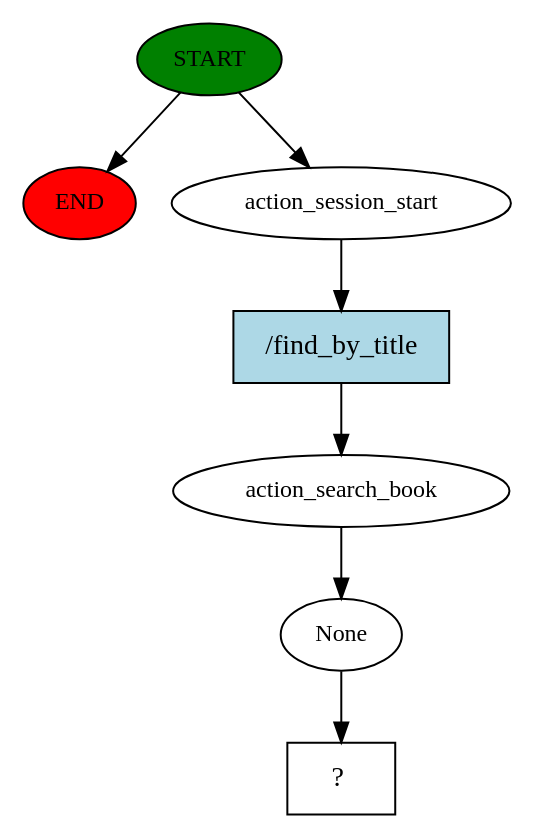
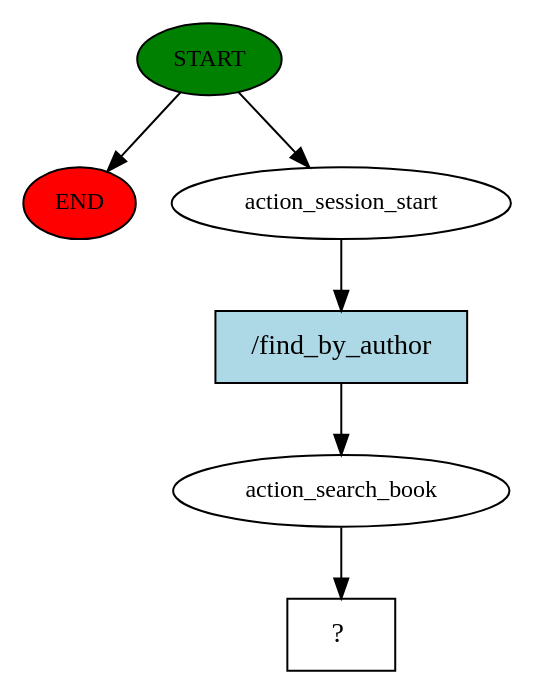
Before and after one commit to truongpvk/CDIO_Book_Store: the diagram in backend/app/chatbot/story_graph.dot, drawn with Graphviz. The commit also changed 105 other files, not shown here.

```diff
--- a/backend/app/chatbot/story_graph.dot
+++ b/backend/app/chatbot/story_graph.dot
@@ -1,15 +1,13 @@
 digraph  {
 0 [class="start active", fillcolor=green, fontsize=12, label=START, style=filled];
 "-1" [class=end, fillcolor=red, fontsize=12, label=END, style=filled];
 1 [class=active, fontsize=12, label=action_session_start];
 2 [class=active, fontsize=12, label=action_search_book];
-3 [class=active, fontsize=12, label=None];
-4 [class="intent dashed active", label="  ?  ", shape=rect];
-5 [class="intent active", fillcolor=lightblue, label="/find_by_title", shape=rect, style=filled];
+3 [class="intent dashed active", label="  ?  ", shape=rect];
+4 [class="intent active", fillcolor=lightblue, label="/find_by_author", shape=rect, style=filled];
 0 -> "-1"  [class="", key=NONE, label=""];
 0 -> 1  [class=active, key=NONE, label=""];
-1 -> 5  [class=active, key=0];
+1 -> 4  [class=active, key=0];
 2 -> 3  [class=active, key=NONE, label=""];
-3 -> 4  [class=active, key=NONE, label=""];
-5 -> 2  [class=active, key=0];
+4 -> 2  [class=active, key=0];
 }
```
